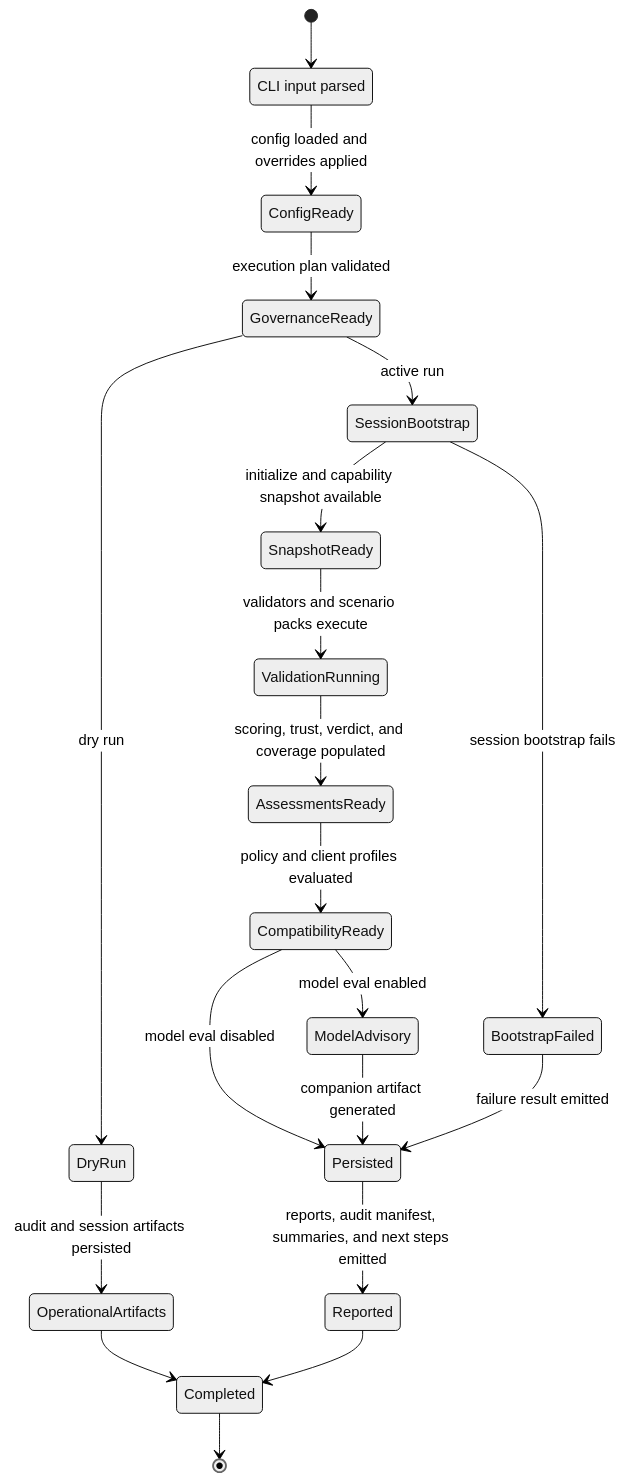
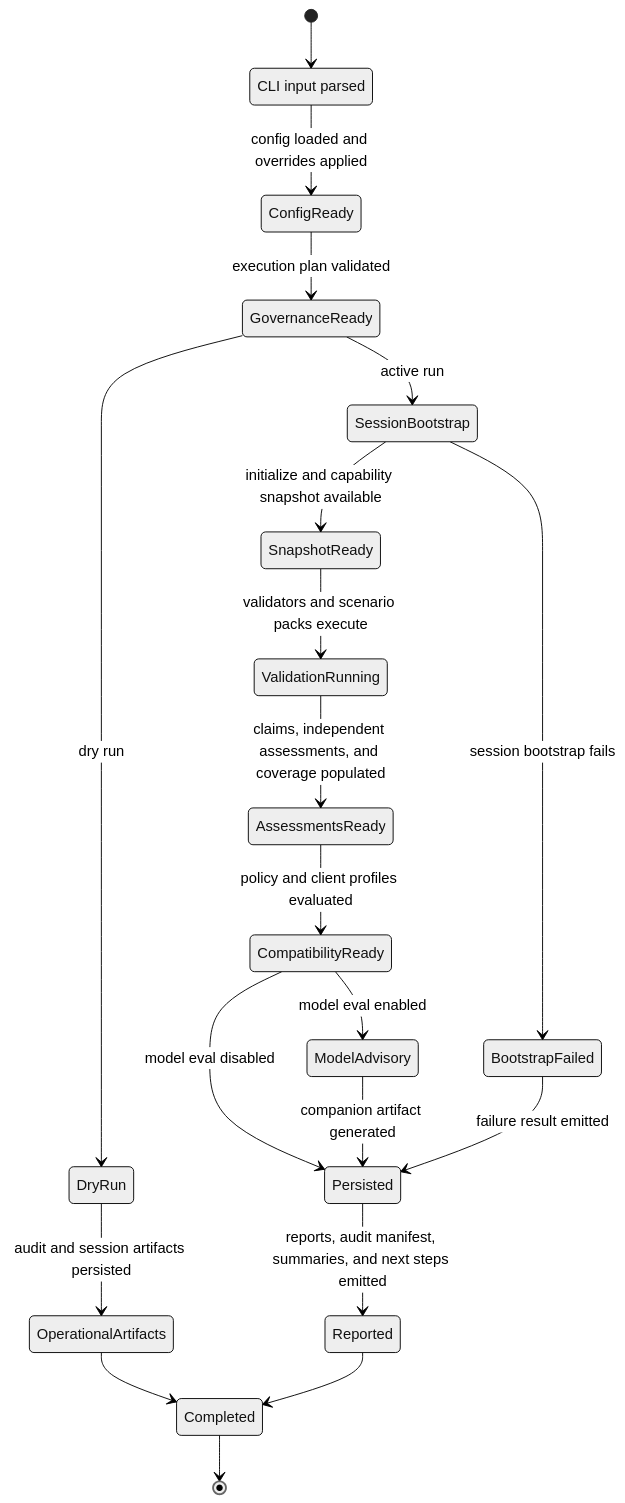
The diagram in docs/Design/TechnicalArchitecture.md (navalerakesh/mcp-validation-security), drawn with Mermaid (neutral theme) before and after one commit. The commit also changed other lines of this file and 90 other files, not shown here.

````diff
--- a/docs/Design/TechnicalArchitecture.md
+++ b/docs/Design/TechnicalArchitecture.md
@@ -29,25 +29,25 @@
 ```mermaid
 stateDiagram-v2
     [*] --> InputBound
     InputBound: CLI input parsed
     InputBound --> ConfigReady: config loaded and overrides applied
     ConfigReady --> GovernanceReady: execution plan validated
 
     GovernanceReady --> DryRun: dry run
     DryRun --> OperationalArtifacts: audit and session artifacts persisted
     OperationalArtifacts --> Completed
 
     GovernanceReady --> SessionBootstrap: active run
     SessionBootstrap --> BootstrapFailed: session bootstrap fails
     SessionBootstrap --> SnapshotReady: initialize and capability snapshot available
     SnapshotReady --> ValidationRunning: validators and scenario packs execute
-    ValidationRunning --> AssessmentsReady: scoring, trust, verdict, and coverage populated
+    ValidationRunning --> AssessmentsReady: claims, independent assessments, and coverage populated
     AssessmentsReady --> CompatibilityReady: policy and client profiles evaluated
     CompatibilityReady --> ModelAdvisory: model eval enabled
     CompatibilityReady --> Persisted: model eval disabled
     ModelAdvisory --> Persisted: companion artifact generated
     BootstrapFailed --> Persisted: failure result emitted
     Persisted --> Reported: reports, audit manifest, summaries, and next steps emitted
     Reported --> Completed
     Completed --> [*]
 ```
````
